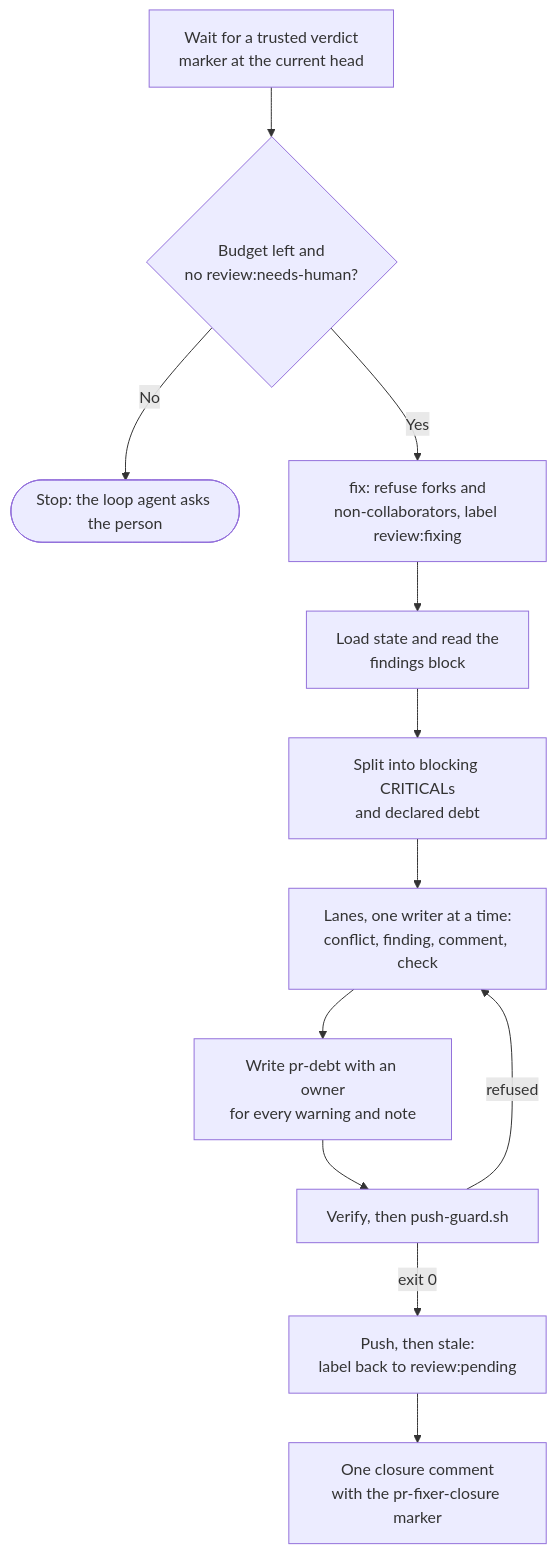
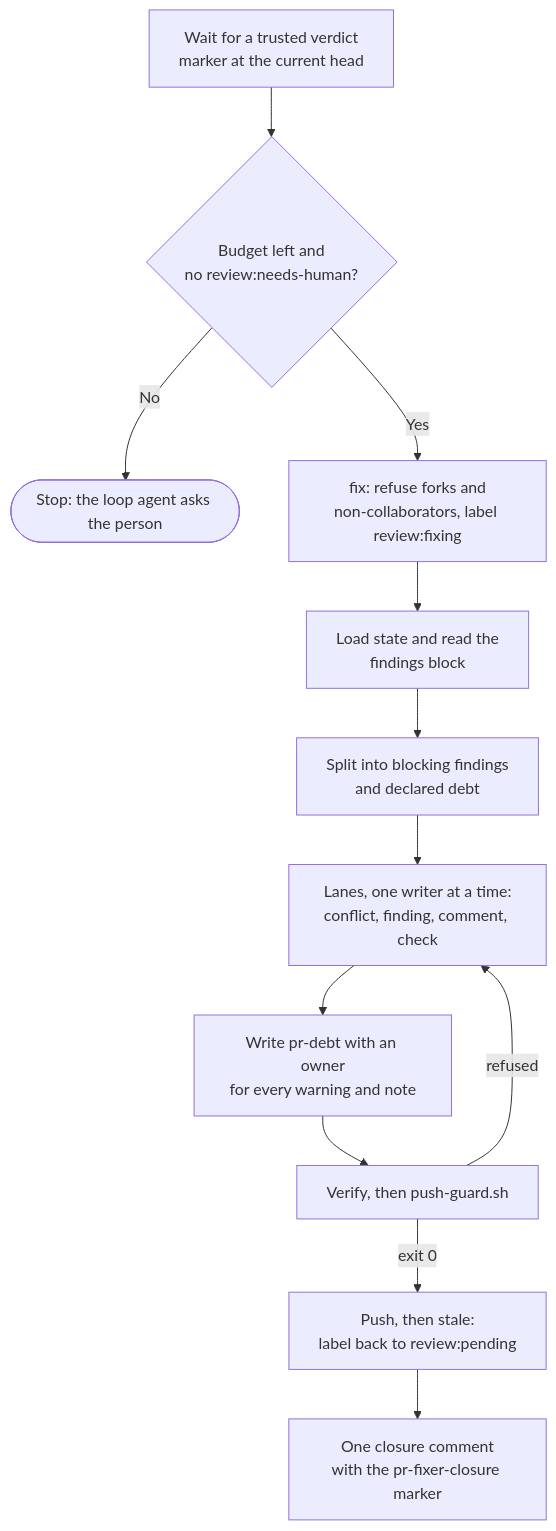
The fifth of 5 diagrams in docs/HOW-IT-WORKS.md (jonyfs/pr-reviewer-fixer), drawn with Mermaid before and after one commit. The commit also changed other lines of this file and 17 other files, not shown here.

````diff
--- a/docs/HOW-IT-WORKS.md
+++ b/docs/HOW-IT-WORKS.md
@@ -203,14 +204,14 @@
 ```mermaid
 flowchart TD
     A[Wait for a trusted verdict<br/>marker at the current head] --> B{Budget left and<br/>no review:needs-human?}
     B -->|No| Z([Stop: the loop agent asks the person])
     B -->|Yes| C[fix: refuse forks and<br/>non-collaborators, label review:fixing]
     C --> D[Load state and read the<br/>findings block]
-    D --> E[Split into blocking CRITICALs<br/>and declared debt]
+    D --> E[Split into blocking findings<br/>and declared debt]
     E --> F[Lanes, one writer at a time:<br/>conflict, finding, comment, check]
     F --> G[Write pr-debt with an owner<br/>for every warning and note]
     G --> H[Verify, then push-guard.sh]
     H -->|refused| F
     H -->|exit 0| I[Push, then stale:<br/>label back to review:pending]
     I --> J[One closure comment<br/>with the pr-fixer-closure marker]
 ```
````
